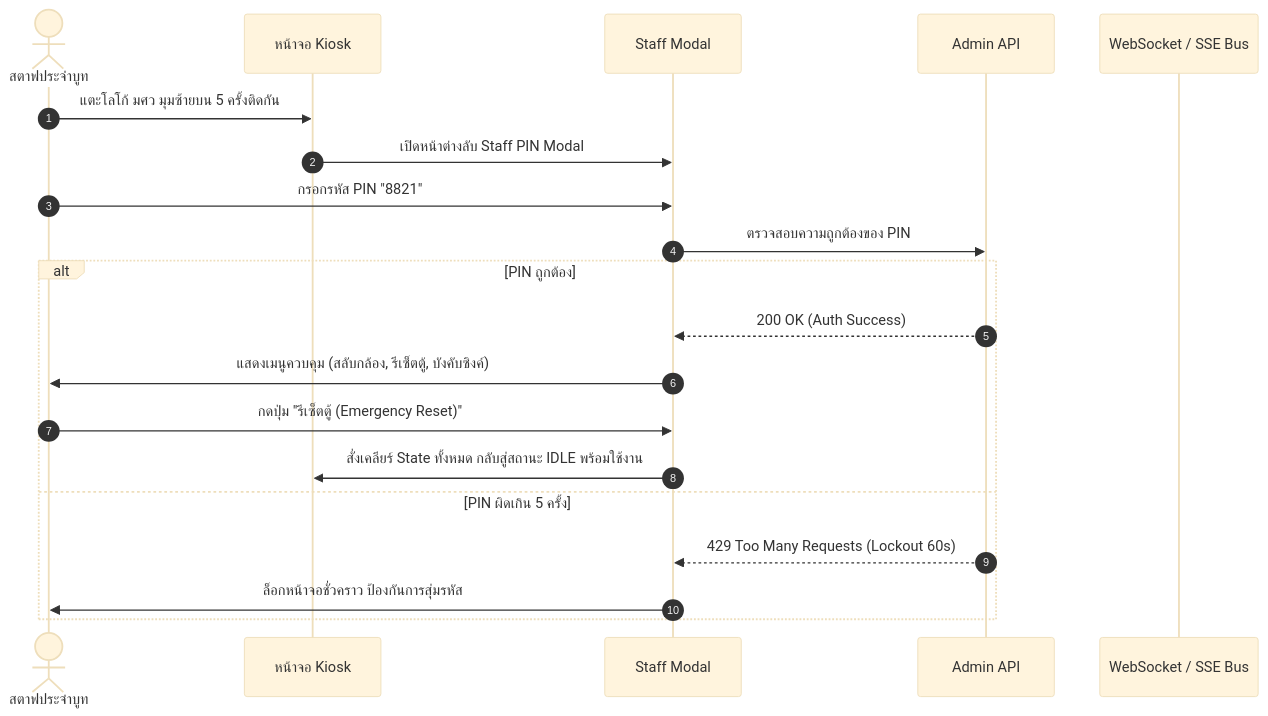
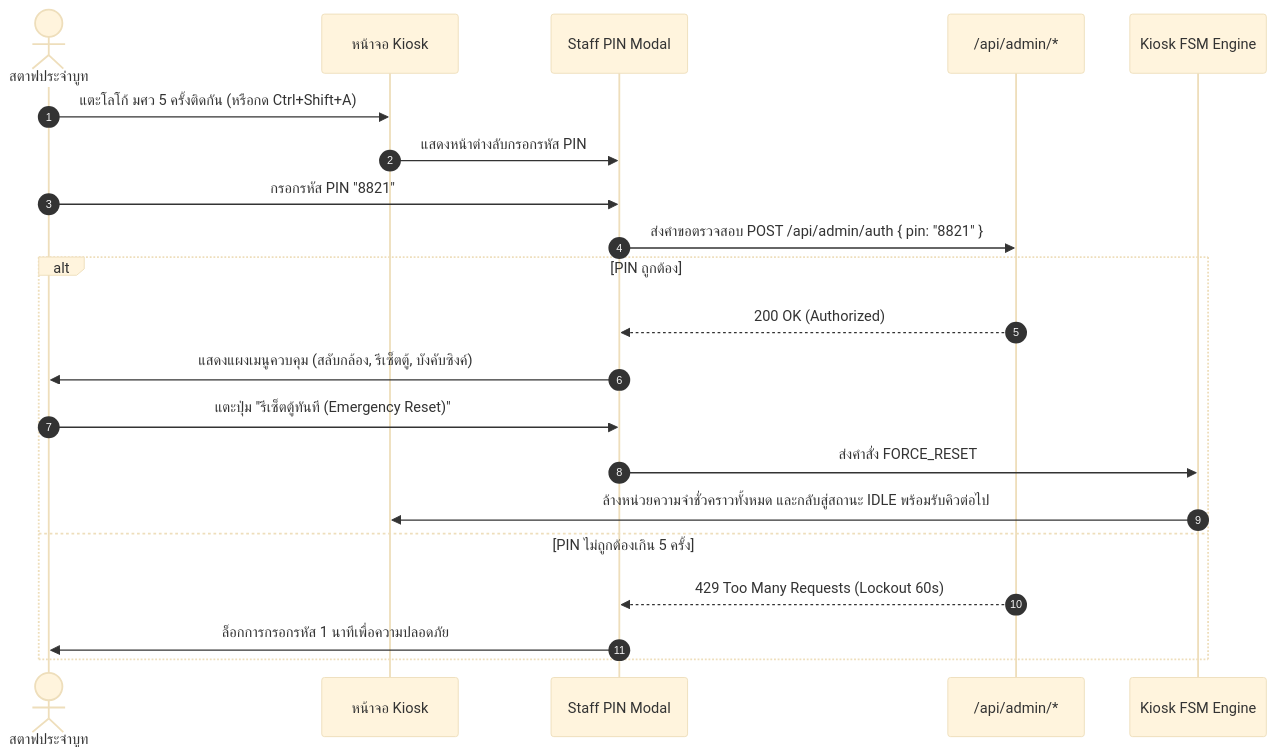
Diagram 12 of 12 in ducument-sathit/task01/system-architecture-and-sequence-flow.md (icelandz9/swu-openhouse), drawn with Mermaid (base theme) before and after one commit. The commit also changed other lines of this file and 1 other file, not shown here.

Commit message:
docs: finalize pure Photo Booth System Architecture and Sequence Flows based on grill-me locks

````diff
--- a/ducument-sathit/task01/system-architecture-and-sequence-flow.md
+++ b/ducument-sathit/task01/system-architecture-and-sequence-flow.md
@@ -440,24 +414,25 @@
 ```mermaid
 sequenceDiagram
     autonumber
     actor Staff as สตาฟประจำบูท
-    participant KioskUI as หน้าจอ Kiosk
-    participant StaffModal as Staff Modal
-    participant Backend as Admin API
-    participant WebSocket as WebSocket / SSE Bus
+    participant Kiosk as หน้าจอ Kiosk
+    participant Modal as Staff PIN Modal
+    participant API as /api/admin/*
+    participant FSM as Kiosk FSM Engine
 
-    Staff->>KioskUI: แตะโลโก้ มศว มุมซ้ายบน 5 ครั้งติดกัน
-    KioskUI->>StaffModal: เปิดหน้าต่างลับ Staff PIN Modal
-    Staff->>StaffModal: กรอกรหัส PIN "8821"
-    StaffModal->>Backend: ตรวจสอบความถูกต้องของ PIN
-    
+    Staff->>Kiosk: แตะโลโก้ มศว 5 ครั้งติดกัน (หรือกด Ctrl+Shift+A)
+    Kiosk->>Modal: แสดงหน้าต่างลับกรอกรหัส PIN
+    Staff->>Modal: กรอกรหัส PIN "8821"
+    Modal->>API: ส่งคำขอตรวจสอบ POST /api/admin/auth { pin: "8821" }
+
     alt PIN ถูกต้อง
-        Backend-->>StaffModal: 200 OK (Auth Success)
-        StaffModal->>Staff: แสดงเมนูควบคุม (สลับกล้อง, รีเซ็ตตู้, บังคับซิงค์)
-        Staff->>StaffModal: กดปุ่ม "รีเซ็ตตู้ (Emergency Reset)"
-        StaffModal->>KioskUI: สั่งเคลียร์ State ทั้งหมด กลับสู่สถานะ IDLE พร้อมใช้งาน
-    else PIN ผิดเกิน 5 ครั้ง
-        Backend-->>StaffModal: 429 Too Many Requests (Lockout 60s)
-        StaffModal->>Staff: ล็อกหน้าจอชั่วคราว ป้องกันการสุ่มรหัส
+        API-->>Modal: 200 OK (Authorized)
+        Modal->>Staff: แสดงแผงเมนูควบคุม (สลับกล้อง, รีเซ็ตตู้, บังคับซิงค์)
+        Staff->>Modal: แตะปุ่ม "รีเซ็ตตู้ทันที (Emergency Reset)"
+        Modal->>FSM: ส่งคำสั่ง FORCE_RESET
+        FSM->>Kiosk: ล้างหน่วยความจำชั่วคราวทั้งหมด และกลับสู่สถานะ IDLE พร้อมรับคิวต่อไป
+    else PIN ไม่ถูกต้องเกิน 5 ครั้ง
+        API-->>Modal: 429 Too Many Requests (Lockout 60s)
+        Modal->>Staff: ล็อกการกรอกรหัส 1 นาทีเพื่อความปลอดภัย
     end
 ```
````
